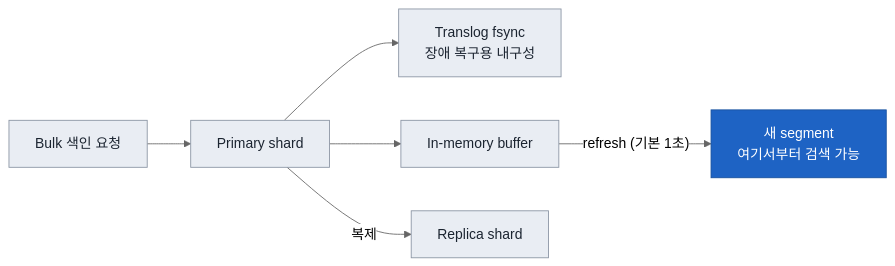
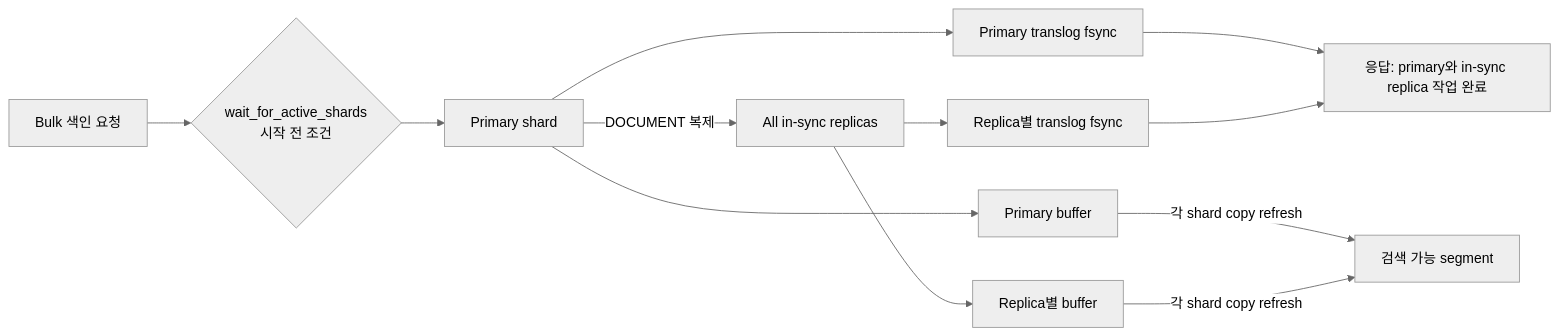
Before and after one commit to dc-choi/interview: the fifth of 6 diagrams in tech/database/nosql/opensearch/OpenSearch-Architecture-Map.md, drawn with Mermaid (neutral theme). The commit also changed other lines of this file and 11 other files, not shown here.

````diff
--- a/tech/database/nosql/opensearch/OpenSearch-Architecture-Map.md
+++ b/tech/database/nosql/opensearch/OpenSearch-Architecture-Map.md
@@ -137,12 +125,13 @@
 ```mermaid
 flowchart LR
-  BK["Bulk 색인 요청"] --> PS["Primary shard"]
-  PS --> TL["Translog fsync<br/>장애 복구용 내구성"]
-  PS --> BUF["In-memory buffer"]
-  PS -->|"복제"| RS["Replica shard"]
-  BUF -->|"refresh (기본 1초)"| SEG["새 segment<br/>여기서부터 검색 가능"]
-  classDef plain fill:#E9EDF3,stroke:#8A94A3,color:#1B2430;
-  classDef os fill:#1E63C4,stroke:#17509E,color:#FFFFFF;
-  class BK,PS,BUF,RS,TL plain;
-  class SEG os;
+  BK["Bulk 색인 요청"] --> G{"wait_for_active_shards<br/>시작 전 조건"} --> PS["Primary shard"]
+  PS --> PT["Primary translog fsync"]
+  PS --> PB["Primary buffer"]
+  PS -->|"DOCUMENT 복제"| RS["All in-sync replicas"]
+  RS --> RT["Replica별 translog fsync"]
+  RS --> RB["Replica별 buffer"]
+  PT --> ACK["응답: primary와 in-sync replica 작업 완료"]
+  RT --> ACK
+  PB -->|"각 shard copy refresh"| SEG["검색 가능 segment"]
+  RB -->|"각 shard copy refresh"| SEG
 ```
````
